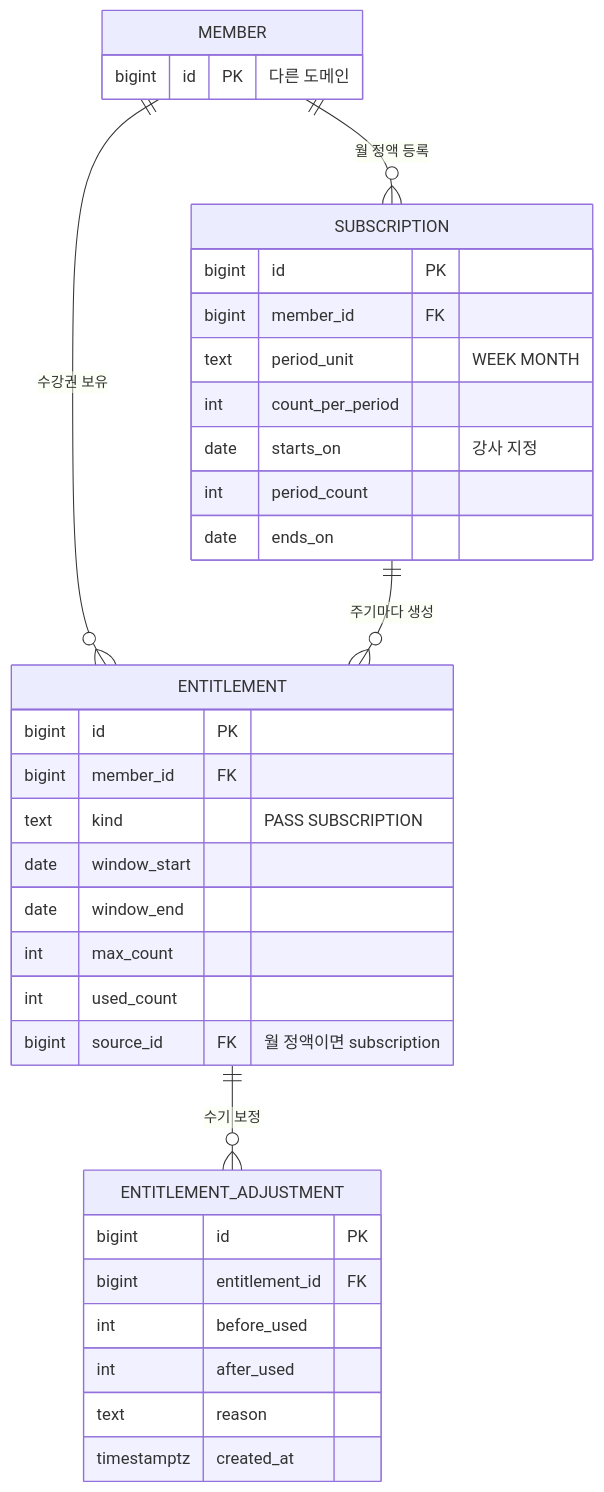
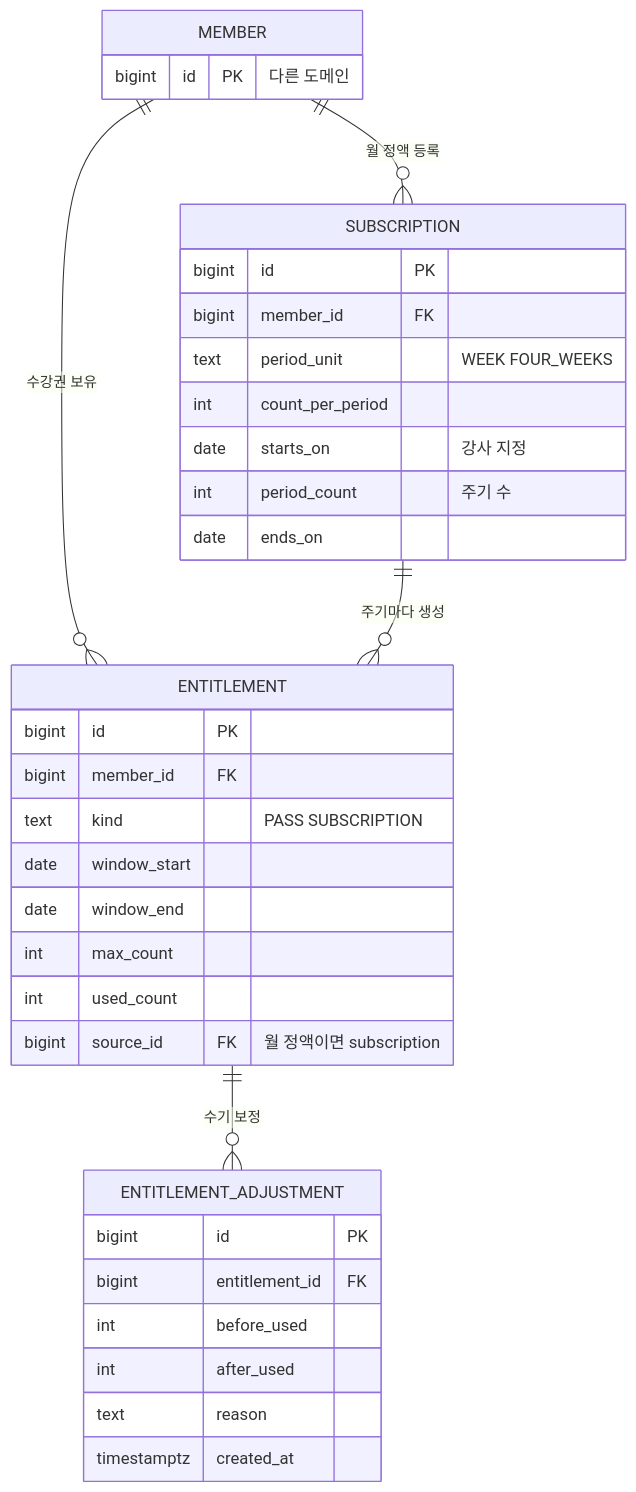
The diagram in docs/spec/entitlement/data-model.md (Fit-link-v2/FitLink-BE), drawn with Mermaid before and after one commit. The commit also changed 17 other files, not shown here.

````diff
--- a/docs/spec/entitlement/data-model.md
+++ b/docs/spec/entitlement/data-model.md
@@ -7,37 +7,37 @@
 ```mermaid
 erDiagram
     MEMBER ||--o{ ENTITLEMENT : "수강권 보유"
     MEMBER ||--o{ SUBSCRIPTION : "월 정액 등록"
     SUBSCRIPTION ||--o{ ENTITLEMENT : "주기마다 생성"
     ENTITLEMENT ||--o{ ENTITLEMENT_ADJUSTMENT : "수기 보정"
     ENTITLEMENT {
         bigint id PK
         bigint member_id FK
         text kind "PASS SUBSCRIPTION"
         date window_start
         date window_end
         int max_count
         int used_count
         bigint source_id FK "월 정액이면 subscription"
     }
     SUBSCRIPTION {
         bigint id PK
         bigint member_id FK
-        text period_unit "WEEK MONTH"
+        text period_unit "WEEK FOUR_WEEKS"
         int count_per_period
         date starts_on "강사 지정"
-        int period_count
+        int period_count "주기 수"
         date ends_on
     }
     ENTITLEMENT_ADJUSTMENT {
         bigint id PK
         bigint entitlement_id FK
         int before_used
         int after_used
         text reason
         timestamptz created_at
     }
     MEMBER {
         bigint id PK "다른 도메인"
     }
 ```
````
